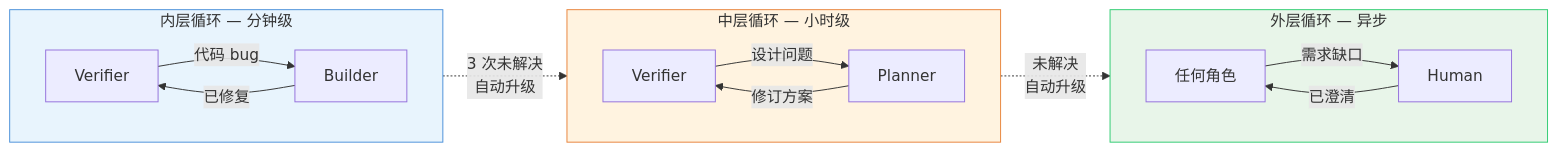
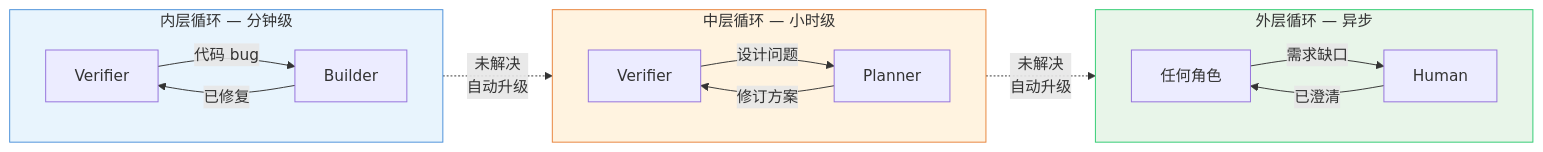
The second of 2 diagrams in README.zh-CN.md (hex1n/baton), drawn with Mermaid before and after one commit. The commit also changed other lines of this file and 3 other files, not shown here.

````diff
--- a/README.zh-CN.md
+++ b/README.zh-CN.md
@@ -98,27 +101,27 @@
 ```mermaid
 flowchart LR
     subgraph Inner["内层循环 — 分钟级"]
         direction LR
         V1[Verifier] -->|代码 bug| B1[Builder]
         B1 -->|已修复| V1
     end
 
     subgraph Middle["中层循环 — 小时级"]
         direction LR
         V2[Verifier] -->|设计问题| P1[Planner]
         P1 -->|修订方案| V2
     end
 
     subgraph Outer["外层循环 — 异步"]
         direction LR
         Any[任何角色] -->|需求缺口| H1[Human]
         H1 -->|已澄清| Any
     end
 
-    Inner -.->|"3 次未解决<br/>自动升级"| Middle
+    Inner -.->|"未解决<br/>自动升级"| Middle
     Middle -.->|"未解决<br/>自动升级"| Outer
 
     style Inner fill:#E8F4FD,stroke:#4A90D9
     style Middle fill:#FFF3E0,stroke:#E8833A
     style Outer fill:#E8F5E9,stroke:#2ECC71
 ```
````
